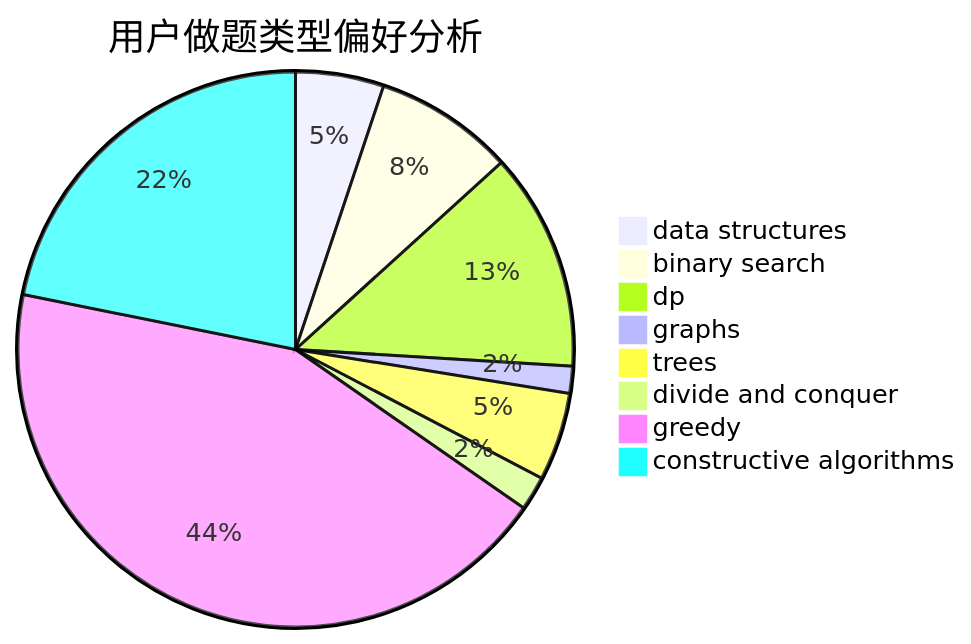
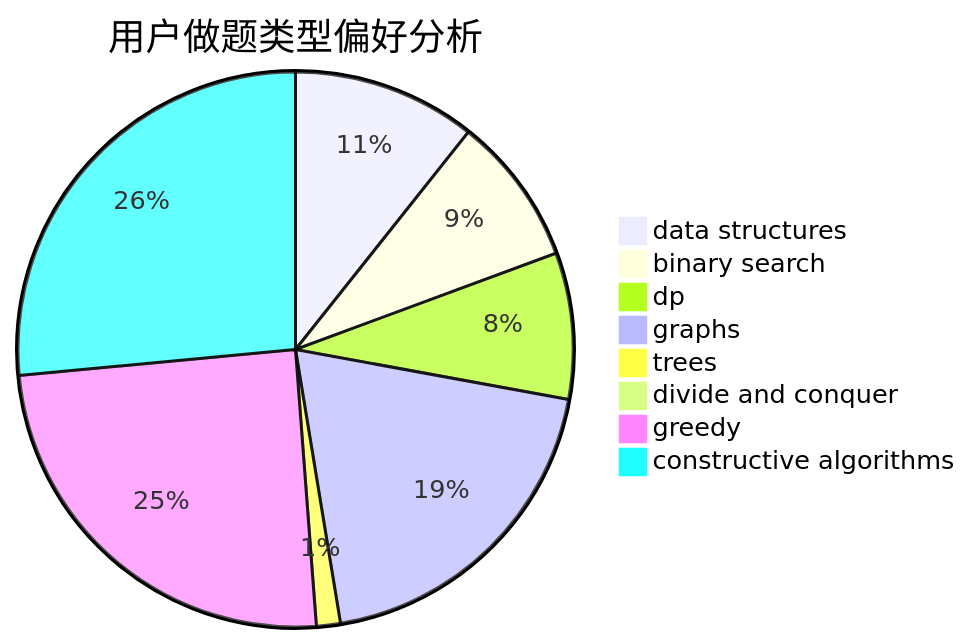
Before and after one commit to sherpahu/cfrs.github.io: the second of 3 diagrams in docs/user/u2682.md, drawn with Mermaid. The commit also changed other lines of this file and 2770 other files, not shown here.

````diff
--- a/docs/user/u2682.md
+++ b/docs/user/u2682.md
@@ -23,11 +23,11 @@
 ```mermaid
 pie title 用户做题类型偏好分析
-    "data structures" :  36
-    "binary search" :  57
-    "dp" :  89
-    "graphs" :  11
-    "trees" :  36
-    "divide and conquer" :  14
-    "greedy" :  305
-    "constructive algorithms" :  153
+    "data structures" :  138
+    "binary search" :  112
+    "dp" :  110
+    "graphs" :  252
+    "trees" :  18
+    "divide and conquer" :  7
+    "greedy" :  319
+    "constructive algorithms" :  342
 ```
````
